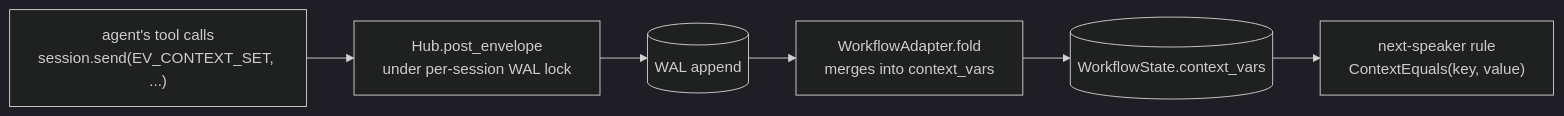
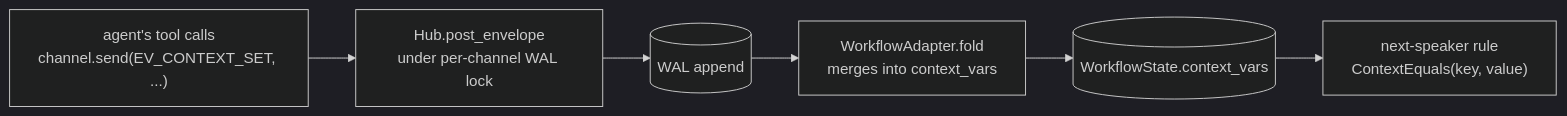
The diagram in website/docs/beta/network/context_variables.mdx (shaneholloman/ag2), drawn with Mermaid (dark theme) before and after one commit. The commit also changed other lines of this file and 100 other files, not shown here.

````diff
--- a/website/docs/beta/network/context_variables.mdx
+++ b/website/docs/beta/network/context_variables.mdx
@@ -29,11 +29,11 @@
 ```mermaid
 flowchart LR
-    Tool["agent's tool calls<br/>session.send(EV_CONTEXT_SET, ...)"]
-    Hub["Hub.post_envelope<br/>under per-session WAL lock"]
+    Tool["agent's tool calls<br/>channel.send(EV_CONTEXT_SET, ...)"]
+    Hub["Hub.post_envelope<br/>under per-channel WAL lock"]
     WAL[(WAL append)]
     Fold["WorkflowAdapter.fold<br/>merges into context_vars"]
     State[("WorkflowState.context_vars")]
     Cond["next-speaker rule<br/>ContextEquals(key, value)"]
 
     Tool --> Hub --> WAL --> Fold --> State --> Cond
 ```
````
